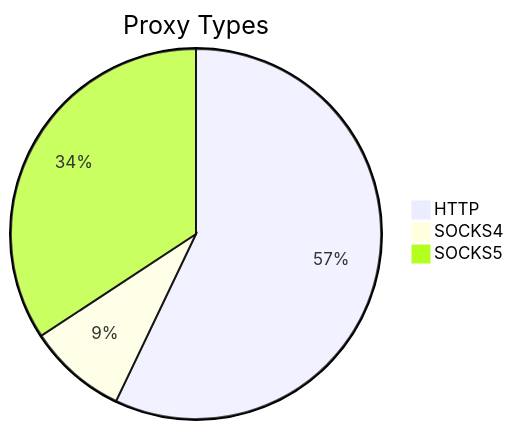
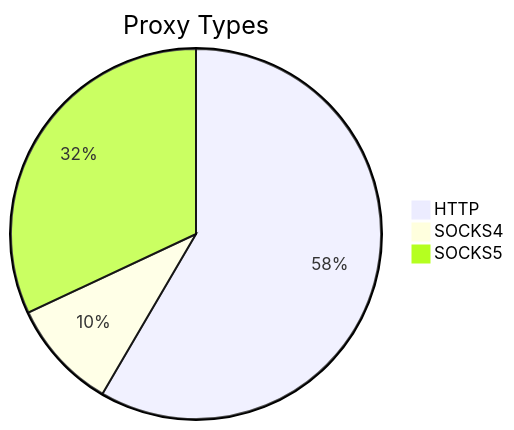
The first of 2 diagrams in README.md (stormsia/proxy-list), drawn with Mermaid before and after one commit. The commit also changed other lines of this file, not shown here.

````diff
--- a/README.md
+++ b/README.md
@@ -21,6 +21,6 @@
 ```mermaid
 pie title Proxy Types
-    "HTTP" : 185
-    "SOCKS4" : 28
-    "SOCKS5" : 111
+    "HTTP" : 201
+    "SOCKS4" : 33
+    "SOCKS5" : 110
 ```
````
